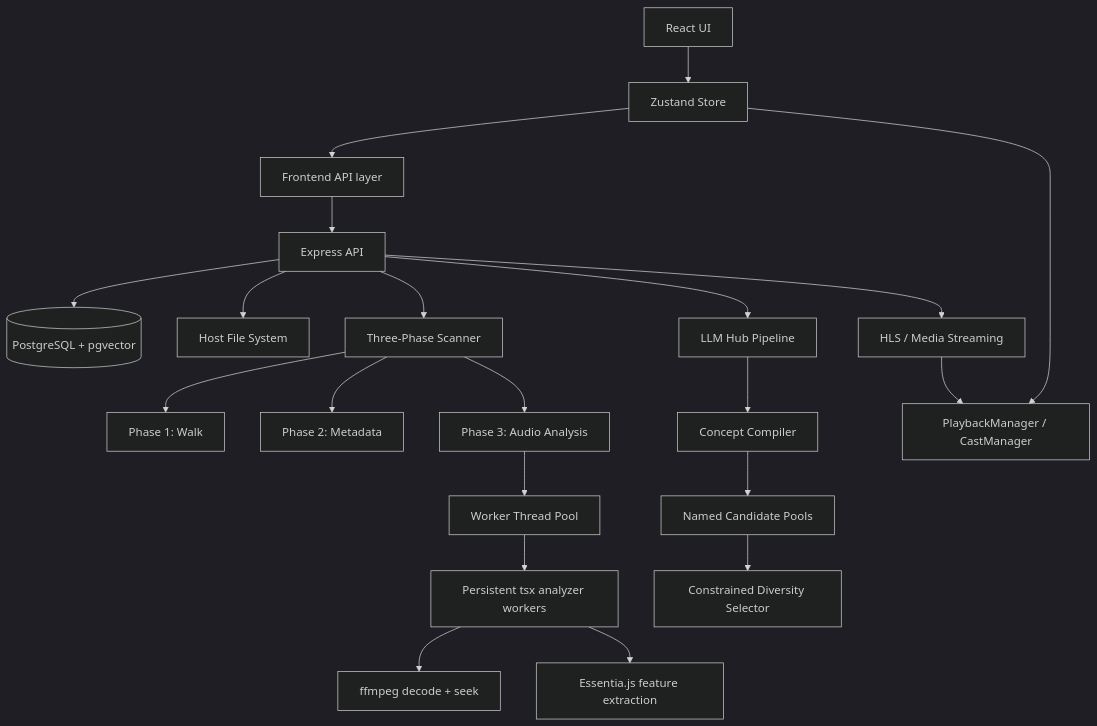
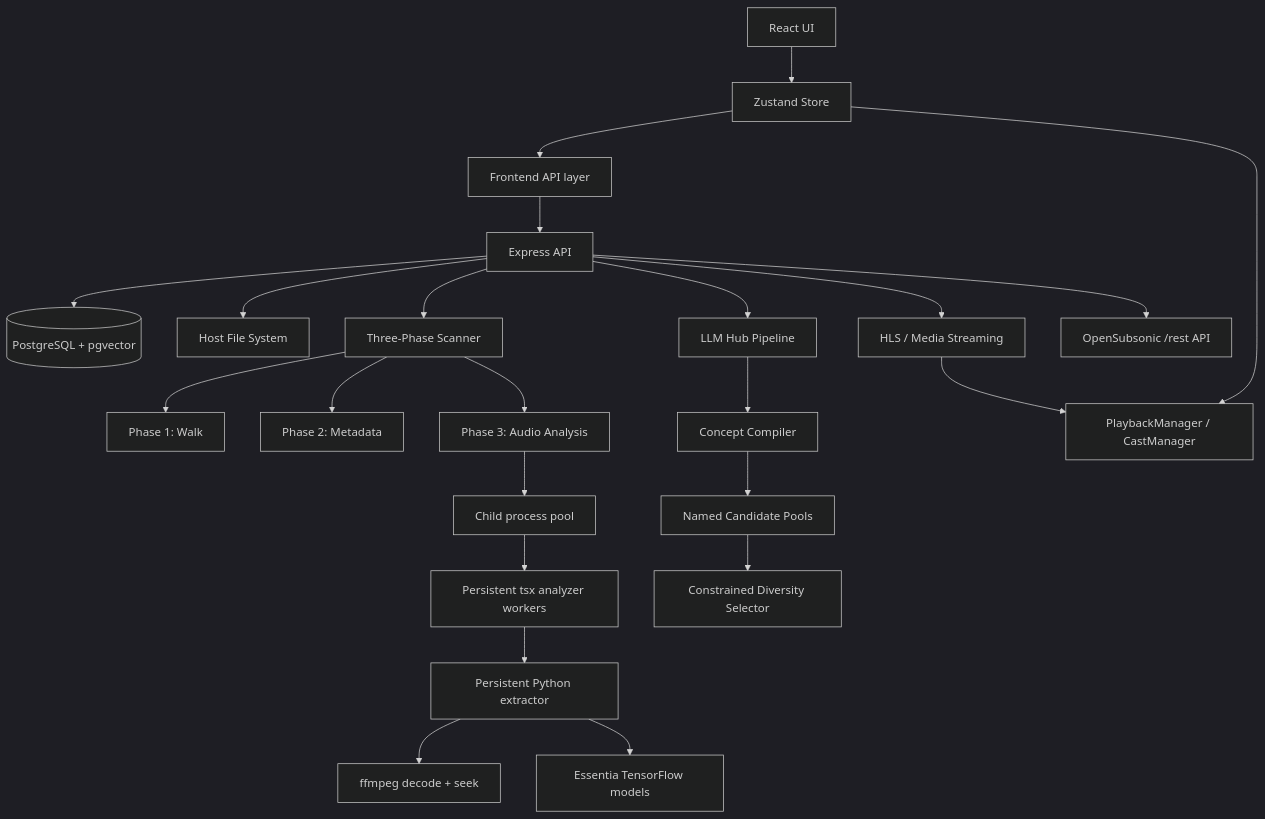
One commit to D0tch/NorthernLights changed the diagram in docs/architecture_overview.md. Above: the diagram before and after it, drawn with Mermaid (dark theme). The commit also changed other lines of this file and 8 other files, not shown here.

First line of the commit message:
docs: update architecture and feature docs for rc.4

````diff
--- a/docs/architecture_overview.md
+++ b/docs/architecture_overview.md
@@ -3,23 +3,25 @@
 ```mermaid
 graph TD
     UI[React UI] --> Store[Zustand Store]
     Store --> FEAPI[Frontend API layer]
     FEAPI --> API[Express API]
     API --> DB[(PostgreSQL + pgvector)]
     API --> FS[Host File System]
     API --> Scanner[Three-Phase Scanner]
     Scanner --> Walk[Phase 1: Walk]
     Scanner --> Metadata[Phase 2: Metadata]
     Scanner --> Analysis[Phase 3: Audio Analysis]
-    Analysis --> Workers[Worker Thread Pool]
+    Analysis --> Workers[Child process pool]
     Workers --> TSX[Persistent tsx analyzer workers]
-    TSX --> FFmpeg[ffmpeg decode + seek]
-    TSX --> Essentia[Essentia.js feature extraction]
+    TSX --> Python[Persistent Python extractor]
+    Python --> FFmpeg[ffmpeg decode + seek]
+    Python --> Essentia[Essentia TensorFlow models]
     API --> Hub[LLM Hub Pipeline]
     Hub --> Compiler[Concept Compiler]
     Compiler --> Pools[Named Candidate Pools]
     Pools --> Selector[Constrained Diversity Selector]
     API --> Stream[HLS / Media Streaming]
+    API --> Subsonic[OpenSubsonic /rest API]
     Stream --> Audio[PlaybackManager / CastManager]
     Store --> Audio
 ```
````
